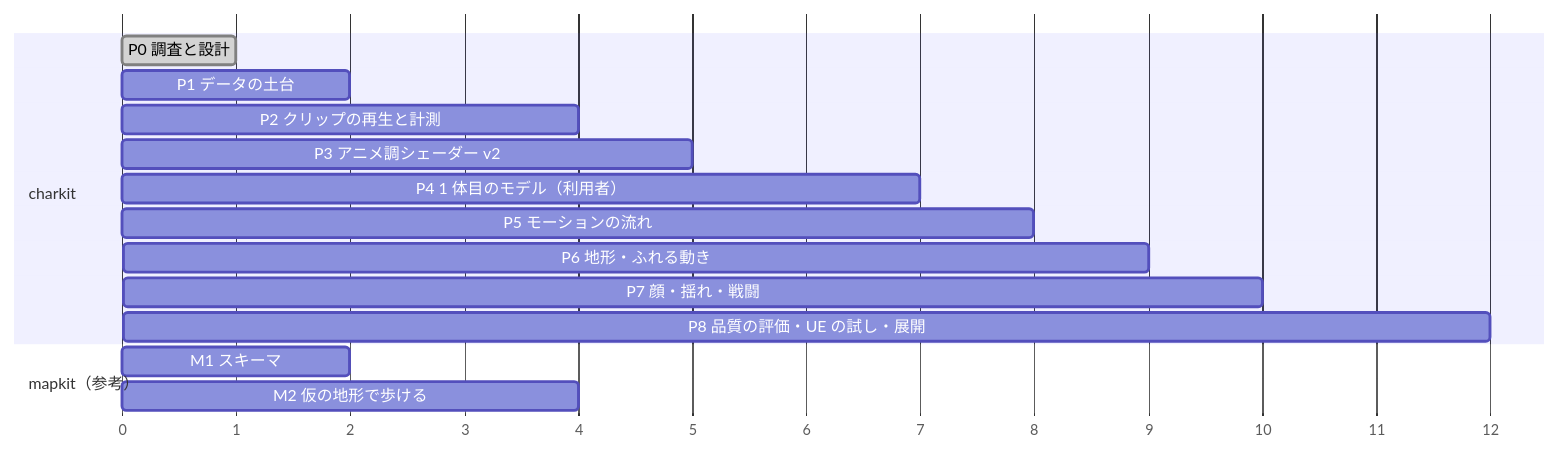
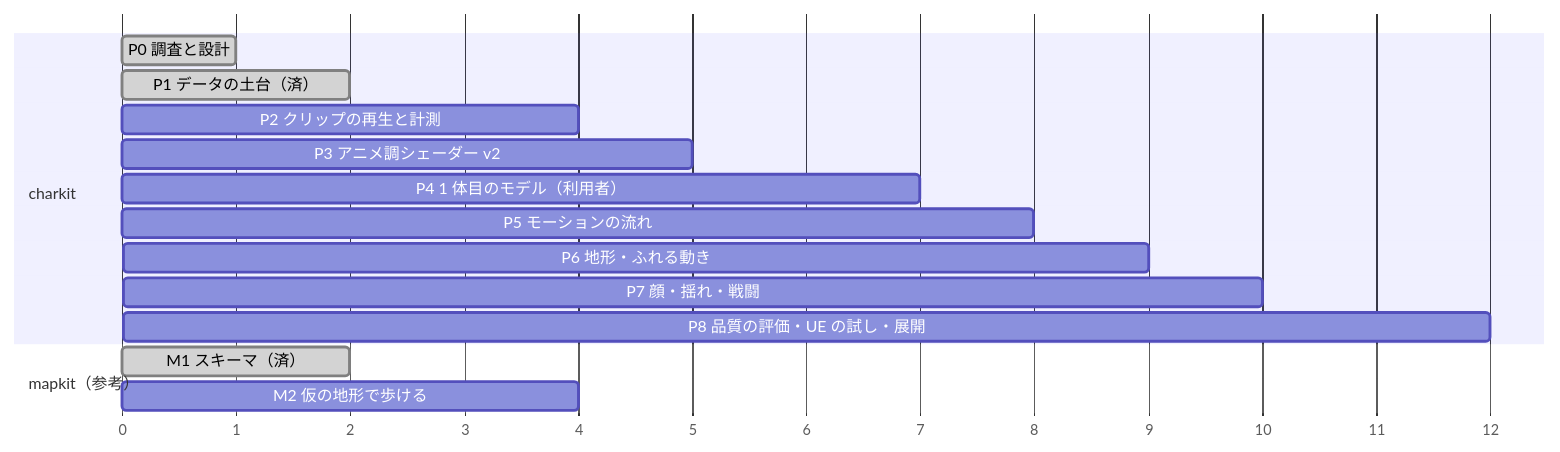
Before and after one commit to dannoura0305/dannoura-game: the diagram in docs/wakaba-charkit/12_段階別実装計画.md, drawn with Mermaid. The commit also changed other lines of this file and 55 other files, not shown here.

````diff
--- a/docs/wakaba-charkit/12_段階別実装計画.md
+++ b/docs/wakaba-charkit/12_段階別実装計画.md
@@ -6,18 +6,18 @@
 ```mermaid
 gantt
   dateFormat  X
   axisFormat  %s
   section charkit
   P0 調査と設計            :done, p0, 0, 1
-  P1 データの土台           :p1, 1, 2
+  P1 データの土台（済）      :done, p1, 1, 2
   P2 クリップの再生と計測    :p2, 2, 4
   P3 アニメ調シェーダー v2   :p3, 3, 5
   P4 1 体目のモデル（利用者） :p4, 2, 7
   P5 モーションの流れ        :p5, 5, 8
   P6 地形・ふれる動き        :p6, 7, 9
   P7 顔・揺れ・戦闘          :p7, 7, 10
   P8 品質の評価・UE の試し・展開 :p8, 10, 12
   section mapkit（参考）
-  M1 スキーマ               :m1, 1, 2
+  M1 スキーマ（済）          :done, m1, 1, 2
   M2 仮の地形で歩ける        :m2, 2, 4
 ```
````
